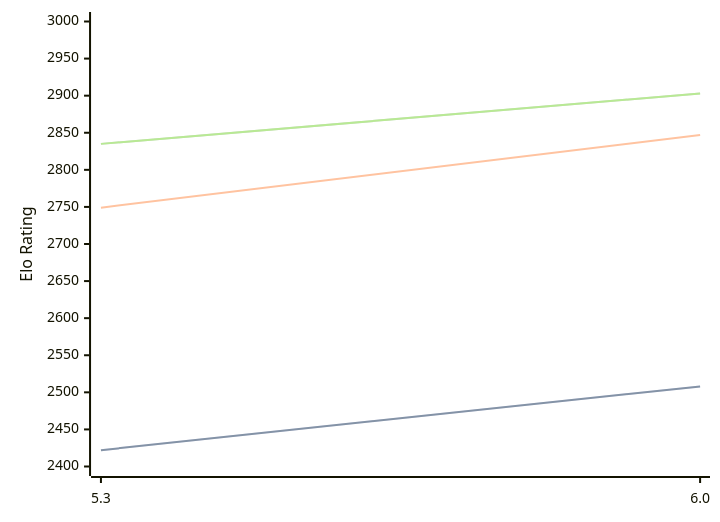
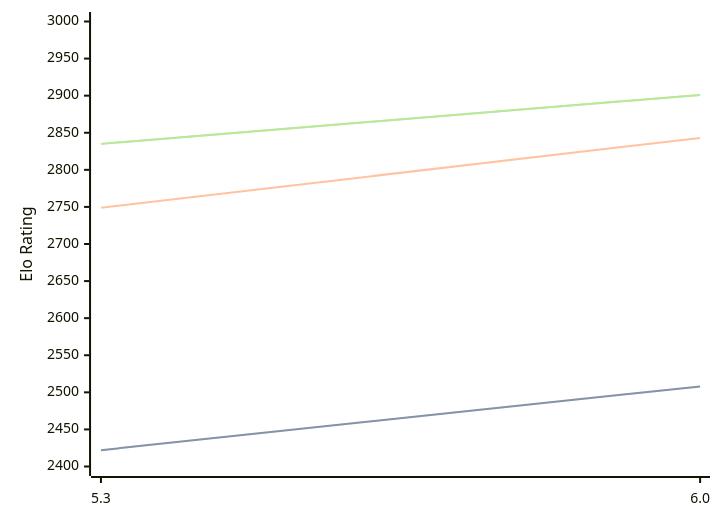
One commit to computer-chess-index/cci changed the diagram in engines/tomitankChess.md. Above: the diagram before and after it, drawn with Mermaid. The commit also changed other lines of this file, not shown here.

Commit message:
Update CCI Ratings (ELO VLTC) - 2026-04-09

````diff
--- a/engines/tomitankChess.md
+++ b/engines/tomitankChess.md
@@ -40,11 +40,11 @@
 ```mermaid
 %%{init: {"theme":"base","themeVariables":{"seriesColors:['#a3a3a3','#222221','#faa371']}}}%%
 xychart-beta
   x-axis ["5.3", "6.0"]
   y-axis "Elo Rating" 2400 --> 3000
   line "STC (8.0+0.08s)" [2422, 2508]
   line "STC (8.0+0.08s)" [2422, 2508]
-  line "LTC (60.0+0.60s)" [2749, 2847]
-  line "VLTC (2m24s+1.12s)" [2835, 2903]
-  line "VLTC (2m24s+1.12s)" [2835, 2903]
+  line "LTC (60.0+0.60s)" [2749, 2843]
+  line "VLTC (2m24s+1.12s)" [2835, 2901]
+  line "VLTC (2m24s+1.12s)" [2835, 2901]
 ```
````
